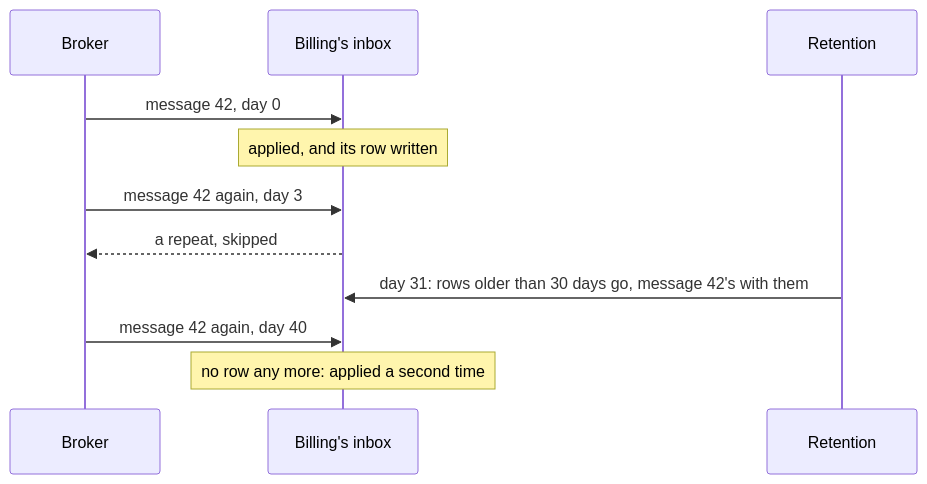
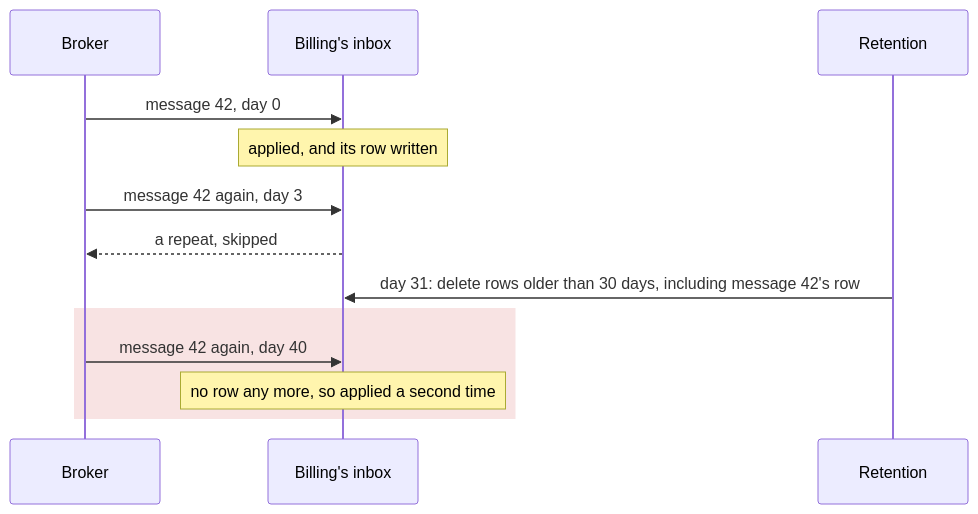
The seventh of 7 diagrams in docs/integration-events.md (DylanSnel/DDDToolkit), drawn with Mermaid before and after one commit. The commit also changed other lines of this file and 41 other files, not shown here.

First line of the commit message:
Docs: plain prose, one word per concept, and readable diagrams on every page

````diff
--- a/docs/integration-events.md
+++ b/docs/integration-events.md
@@ -1108,14 +1140,16 @@
 ```mermaid
 sequenceDiagram
     participant Broker
     participant Inbox as Billing's inbox
     participant Retention
 
     Broker->>Inbox: message 42, day 0
     Note over Inbox: applied, and its row written
     Broker->>Inbox: message 42 again, day 3
     Inbox-->>Broker: a repeat, skipped
-    Retention->>Inbox: day 31: rows older than 30 days go, message 42's with them
-    Broker->>Inbox: message 42 again, day 40
-    Note over Inbox: no row any more: applied a second time
+    Retention->>Inbox: day 31: delete rows older than 30 days, including message 42's row
+    rect rgba(201, 60, 60, 0.14)
+        Broker->>Inbox: message 42 again, day 40
+        Note over Inbox: no row any more, so applied a second time
+    end
 ```
````
